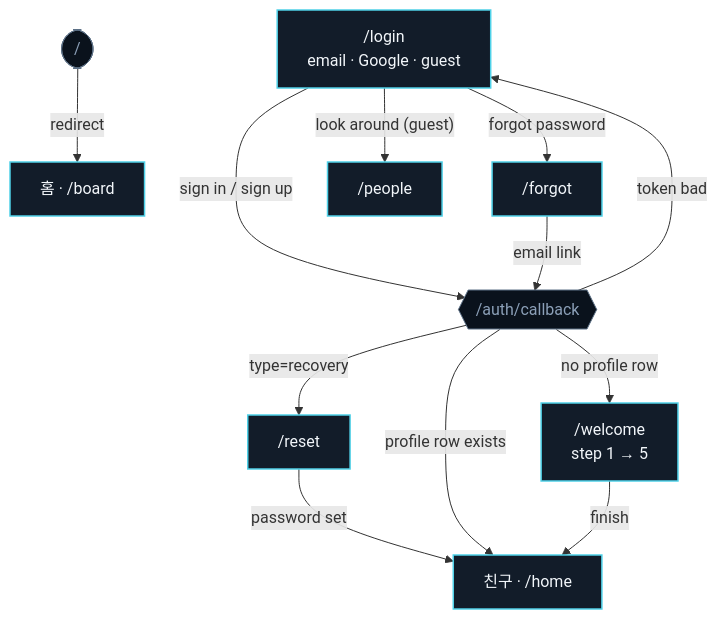
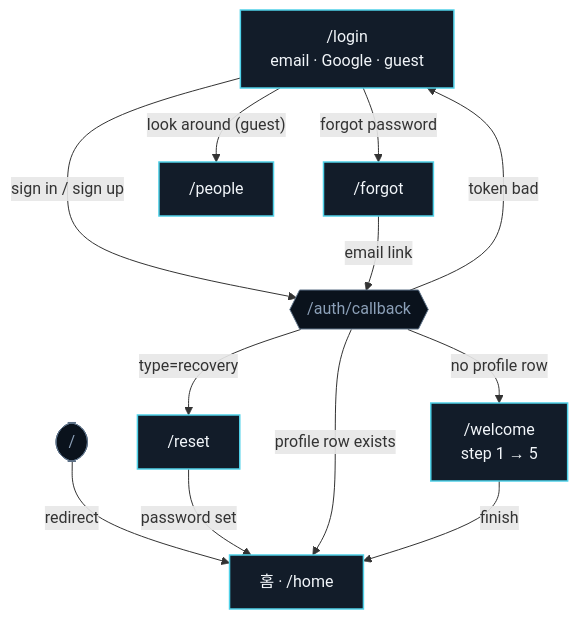
One commit to J1w0n-H/ukc-social changed the first of 2 diagrams in README.md. Above: the diagram before and after it, drawn with Mermaid. The commit also changed other lines of this file and 6 other files, not shown here.

````diff
--- a/README.md
+++ b/README.md
@@ -39,28 +39,27 @@
 ```mermaid
 flowchart TD
-    ROOT(["/"]) -->|redirect| BOARD["홈 · /board"]
+    ROOT(["/"]) -->|redirect| HOME["홈 · /home"]
 
     LOGIN["/login<br/>email · Google · guest"]
     FORGOT["/forgot"]
     RESET["/reset"]
     CB{{"/auth/callback"}}
     WELCOME["/welcome<br/>step 1 → 5"]
-    HOME["친구 · /home"]
     PEOPLE["/people"]
 
     LOGIN -->|sign in / sign up| CB
     LOGIN -->|forgot password| FORGOT
     LOGIN -->|"look around (guest)"| PEOPLE
     FORGOT -->|email link| CB
     CB -->|type=recovery| RESET
     RESET -->|password set| HOME
     CB -->|profile row exists| HOME
     CB -->|no profile row| WELCOME
     CB -->|token bad| LOGIN
     WELCOME -->|finish| HOME
 
     classDef ok fill:#121C29,stroke:#4FD1E8,stroke-width:1.5px,color:#F2F6FA
     classDef sys fill:#0A121C,stroke:#5C7086,color:#8CA0B8
     class LOGIN,FORGOT,RESET,WELCOME,HOME,PEOPLE,BOARD ok
     class ROOT,CB sys
 ```
````
